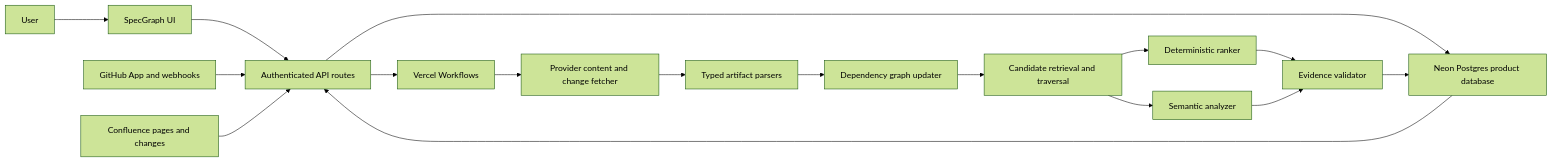
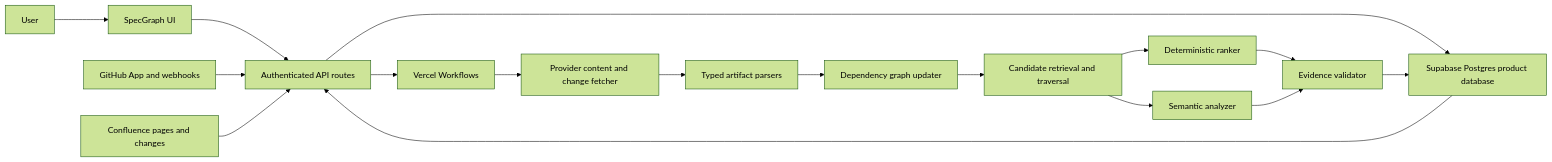
One commit to CodeTanim/spec-graph changed the diagram in SPECGRAPH_MVP_IMPLEMENTATION_PLAN.md. Above: the diagram before and after it, drawn with Mermaid (forest theme). The commit also changed other lines of this file, not shown here.

Commit message:
document Supabase production cutover

````diff
--- a/SPECGRAPH_MVP_IMPLEMENTATION_PLAN.md
+++ b/SPECGRAPH_MVP_IMPLEMENTATION_PLAN.md
@@ -180,19 +180,19 @@
 ```mermaid
 flowchart LR
     User["User"] --> UI["SpecGraph UI"]
     UI --> API["Authenticated API routes"]
     GitHub["GitHub App and webhooks"] --> API
     Confluence["Confluence pages and changes"] --> API
-    API --> DB["Neon Postgres product database"]
+    API --> DB["Supabase Postgres product database"]
     API --> Jobs["Vercel Workflows"]
     Jobs --> Fetch["Provider content and change fetcher"]
     Fetch --> Parse["Typed artifact parsers"]
     Parse --> Graph["Dependency graph updater"]
     Graph --> Retrieve["Candidate retrieval and traversal"]
     Retrieve --> Rules["Deterministic ranker"]
     Retrieve --> Semantic["Semantic analyzer"]
     Rules --> Validate["Evidence validator"]
     Semantic --> Validate
     Validate --> DB
     DB --> API
 ```
````
